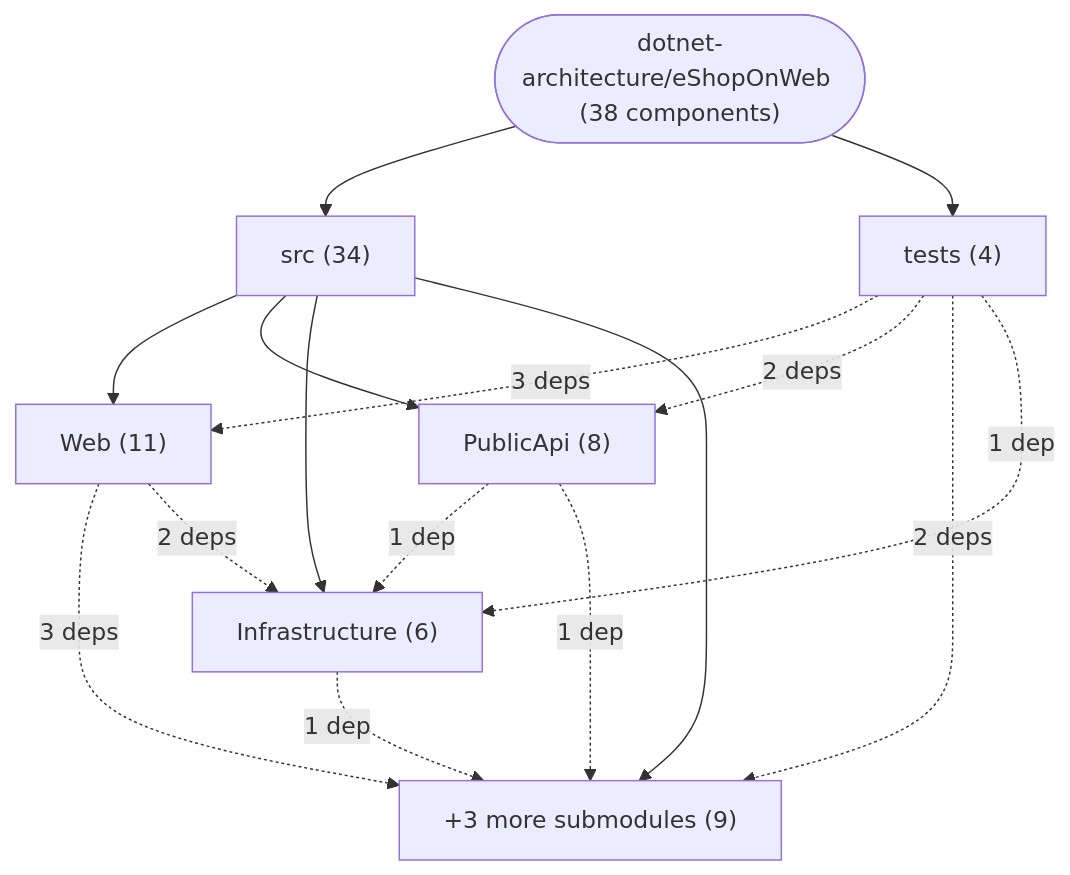
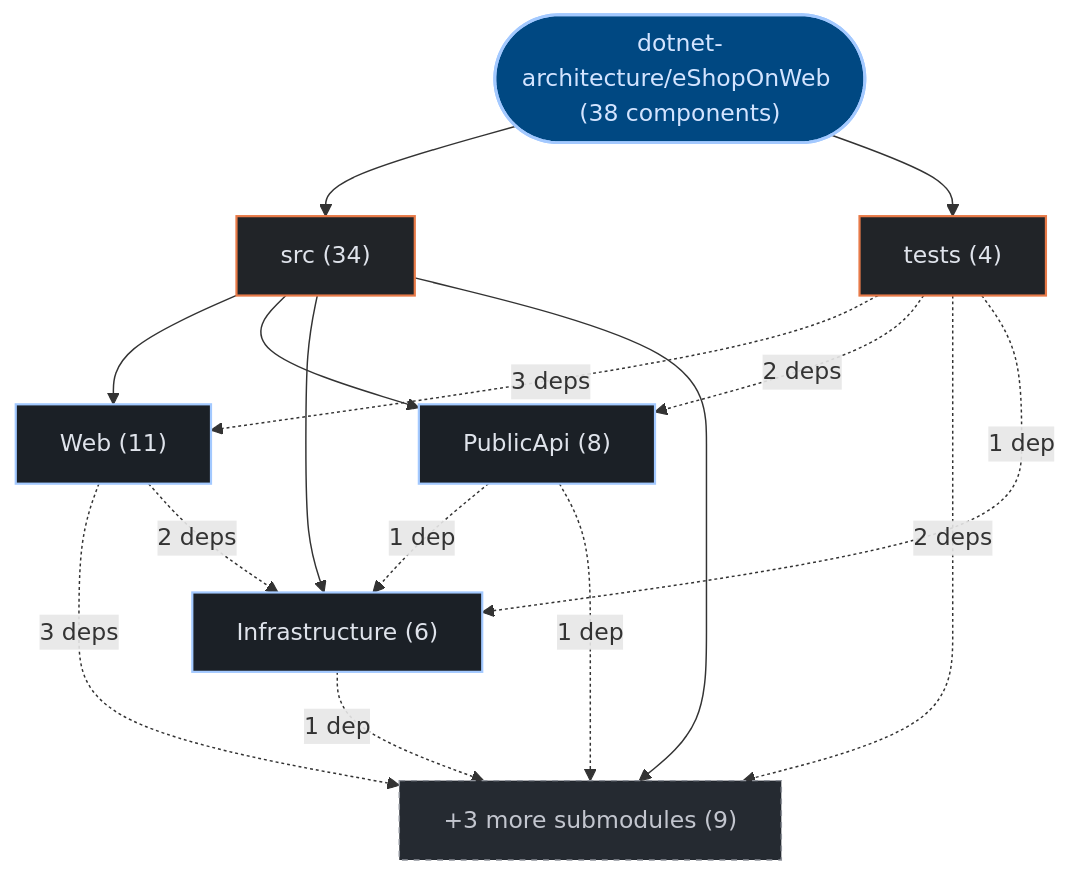
Before and after one commit to kumarshaz/atruss-code-atlas: the first of 3 diagrams in exports/latest/reports/dotnet-architecture-eShopOnWeb-report.md, drawn with Mermaid. The commit also changed other lines of this file and 331 other files, not shown here.

Commit message:
docs,ui,fix: update SDLC docs, reorder CI/CD DAG first, stylize Mermaid, and fix Arc42 pipeline topology

````diff
--- a/exports/latest/reports/dotnet-architecture-eShopOnWeb-report.md
+++ b/exports/latest/reports/dotnet-architecture-eShopOnWeb-report.md
@@ -42,25 +42,32 @@
 ```mermaid
 graph TD;
-    repo_root(["dotnet-architecture/eShopOnWeb (38 components)"])
-    dir_0_src["src (34)"]
+  classDef atlasRoot fill:#004882,stroke:#a3c9ff,stroke-width:2px,color:#d3e4ff
+  classDef atlasCategory fill:#212428,stroke:#E87A48,stroke-width:1.5px,color:#dfe3eb
+  classDef atlasWorkflow fill:#1b2026,stroke:#a3c9ff,stroke-width:1.5px,color:#dfe3eb
+  classDef atlasJob fill:#171c22,stroke:#8d9199,stroke-width:1px,color:#dfe3eb
+  classDef atlasTarget fill:#005227,stroke:#8bd99b,stroke-width:1.5px,color:#a7f6b6
+  classDef atlasAlert fill:#93000a,stroke:#ffb4ab,stroke-width:1.5px,color:#ffdad6
+  classDef atlasMore fill:#252a31,stroke:#8d9199,stroke-dasharray:4 4,color:#c3c6cf
+    repo_root(["dotnet-architecture/eShopOnWeb (38 components)"]):::atlasRoot
+    dir_0_src["src (34)"]:::atlasCategory
     repo_root --> dir_0_src
-    sub_0_0_Web["Web (11)"]
+    sub_0_0_Web["Web (11)"]:::atlasWorkflow
     dir_0_src --> sub_0_0_Web
-    sub_0_1_PublicApi["PublicApi (8)"]
+    sub_0_1_PublicApi["PublicApi (8)"]:::atlasWorkflow
     dir_0_src --> sub_0_1_PublicApi
-    sub_0_2_Infrastructure["Infrastructure (6)"]
+    sub_0_2_Infrastructure["Infrastructure (6)"]:::atlasWorkflow
     dir_0_src --> sub_0_2_Infrastructure
-    sub_0_more["+3 more submodules (9)"]
+    sub_0_more["+3 more submodules (9)"]:::atlasMore
     dir_0_src --> sub_0_more
-    dir_1_tests["tests (4)"]
+    dir_1_tests["tests (4)"]:::atlasCategory
     repo_root --> dir_1_tests
     dir_1_tests -.->|"3 deps"| sub_0_0_Web
     sub_0_0_Web -.->|"3 deps"| sub_0_more
     dir_1_tests -.->|"2 deps"| sub_0_1_PublicApi
     dir_1_tests -.->|"2 deps"| sub_0_more
     sub_0_0_Web -.->|"2 deps"| sub_0_2_Infrastructure
     dir_1_tests -.->|"1 dep"| sub_0_2_Infrastructure
     sub_0_1_PublicApi -.->|"1 dep"| sub_0_2_Infrastructure
     sub_0_1_PublicApi -.->|"1 dep"| sub_0_more
     sub_0_2_Infrastructure -.->|"1 dep"| sub_0_more
 ```
````
